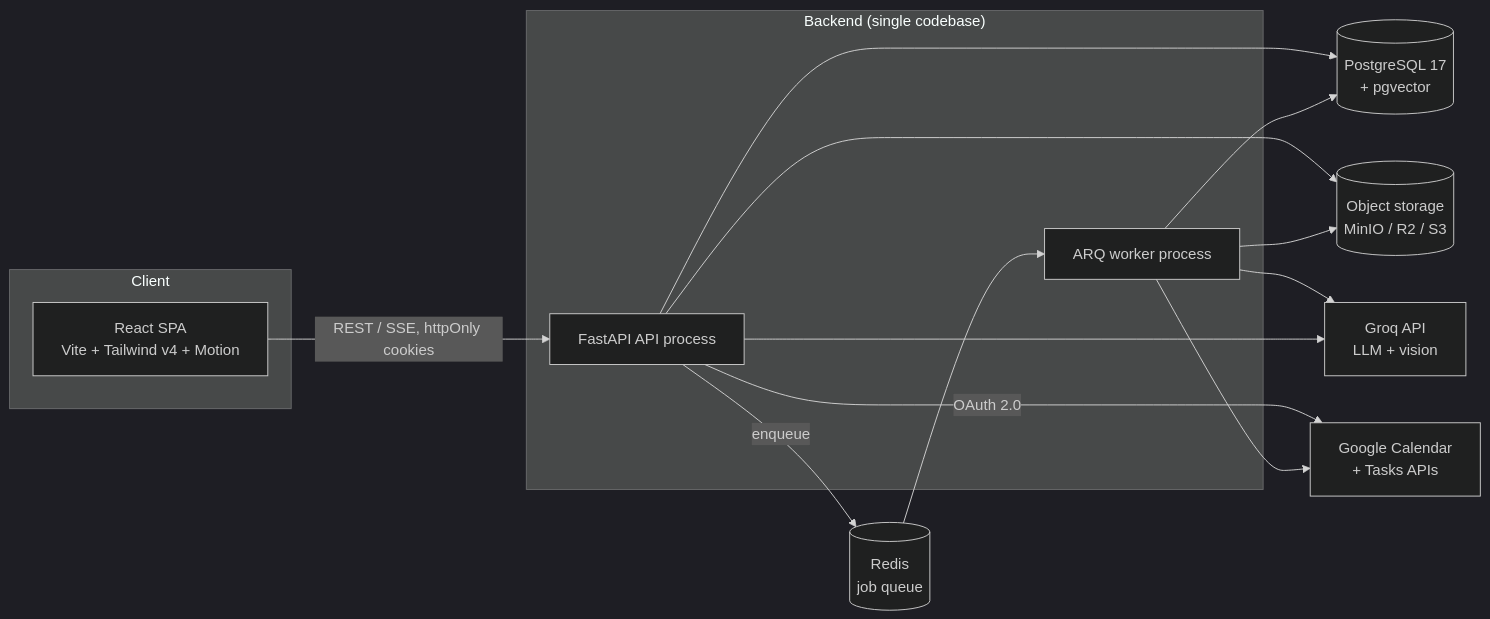
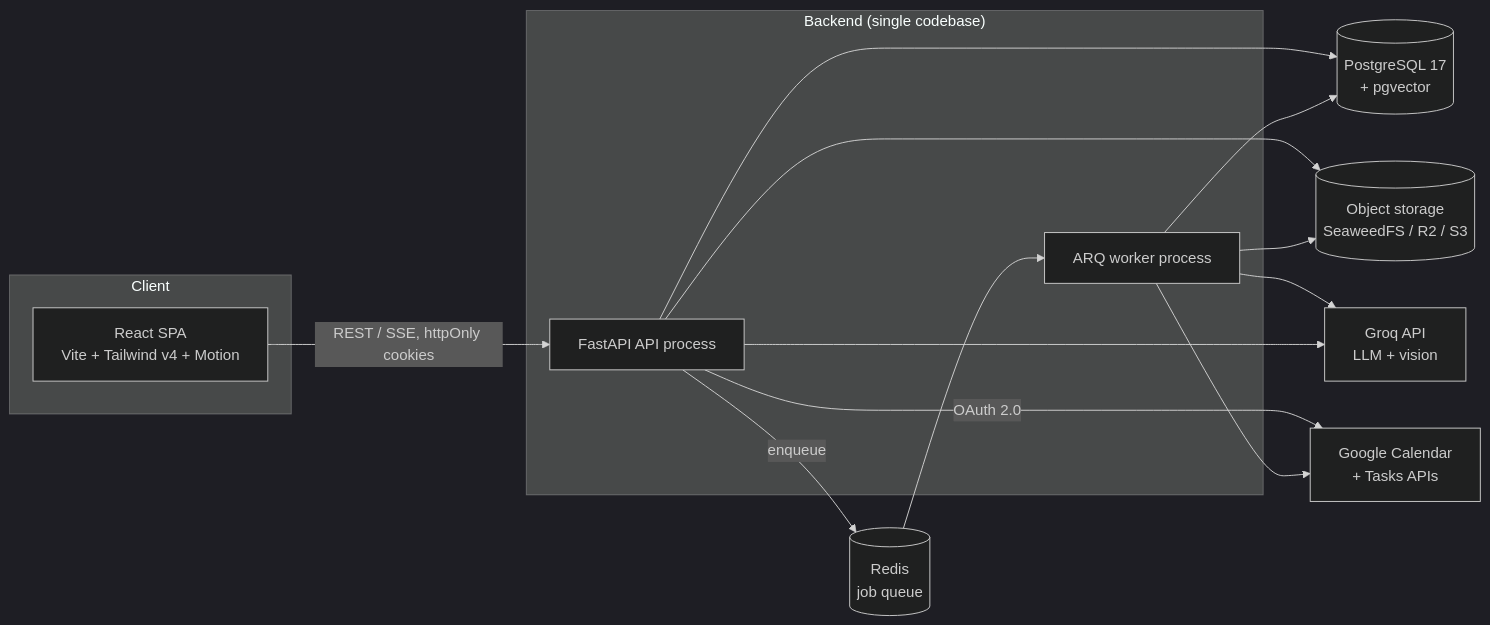
One commit to SriramWorkSpace/MedSpace-Healthcare changed the first of 4 diagrams in docs/architecture.md. Above: the diagram before and after it, drawn with Mermaid (dark theme). The commit also changed other lines of this file and 10 other files, not shown here.

First line of the commit message:
fix(infra): SeaweedFS replaces MinIO, bucket auto-create, storage 503s, embedding warm-up

````diff
--- a/docs/architecture.md
+++ b/docs/architecture.md
@@ -9,29 +9,29 @@
 ```mermaid
 flowchart LR
   subgraph Client
     SPA[React SPA<br/>Vite + Tailwind v4 + Motion]
   end
 
   subgraph Backend["Backend (single codebase)"]
     API[FastAPI API process]
     W[ARQ worker process]
   end
 
   PG[(PostgreSQL 17<br/>+ pgvector)]
   R[(Redis<br/>job queue)]
-  S3[(Object storage<br/>MinIO / R2 / S3)]
+  S3[(Object storage<br/>SeaweedFS / R2 / S3)]
   GROQ[Groq API<br/>LLM + vision]
   G[Google Calendar<br/>+ Tasks APIs]
 
   SPA -- REST / SSE, httpOnly cookies --> API
   API --> PG
   API --> S3
   API -- enqueue --> R
   R --> W
   W --> PG
   W --> S3
   W --> GROQ
   API --> GROQ
   API -- OAuth 2.0 --> G
   W --> G
 ```
````
